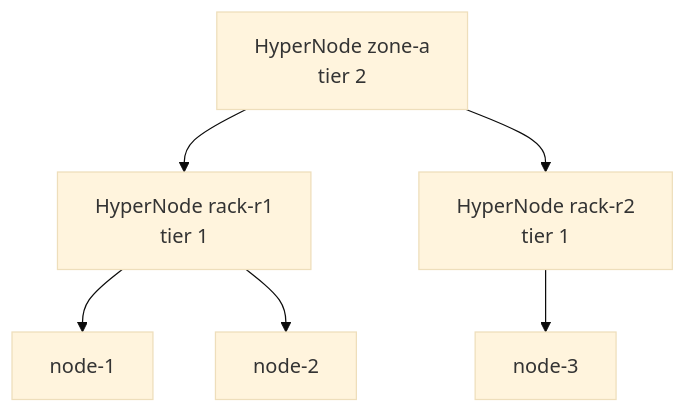
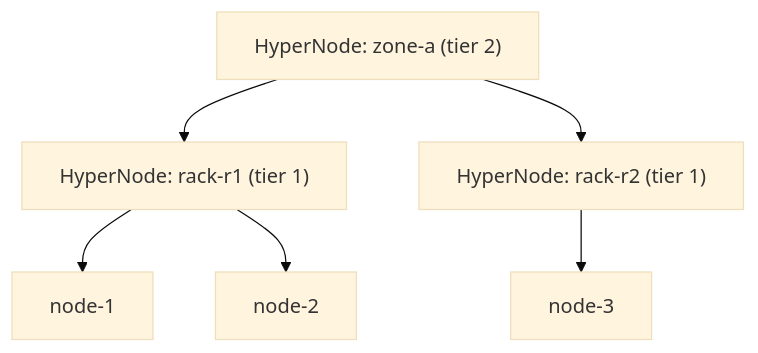
The tenth of 15 diagrams in docs/research/k8s-workload-aware-scheduling-vs-volcano.md (JesseStutler/volcano), drawn with Mermaid (base theme) before and after one commit. The commit also changed other lines of this file and 1 other file, not shown here.

````diff
--- a/docs/research/k8s-workload-aware-scheduling-vs-volcano.md
+++ b/docs/research/k8s-workload-aware-scheduling-vs-volcano.md
@@ -529,14 +439,15 @@
 ```mermaid
 flowchart TD
-    H2["HyperNode zone-a<br/>tier 2"]
-    H11["HyperNode rack-r1<br/>tier 1"]
-    H12["HyperNode rack-r2<br/>tier 1"]
+    H2["HyperNode: zone-a (tier 2)"]
+    H11["HyperNode: rack-r1 (tier 1)"]
+    H12["HyperNode: rack-r2 (tier 1)"]
     VN1["node-1"]
     VN2["node-2"]
     VN3["node-3"]
+
     H2 --> H11
     H2 --> H12
     H11 --> VN1
     H11 --> VN2
     H12 --> VN3
 ```
````
